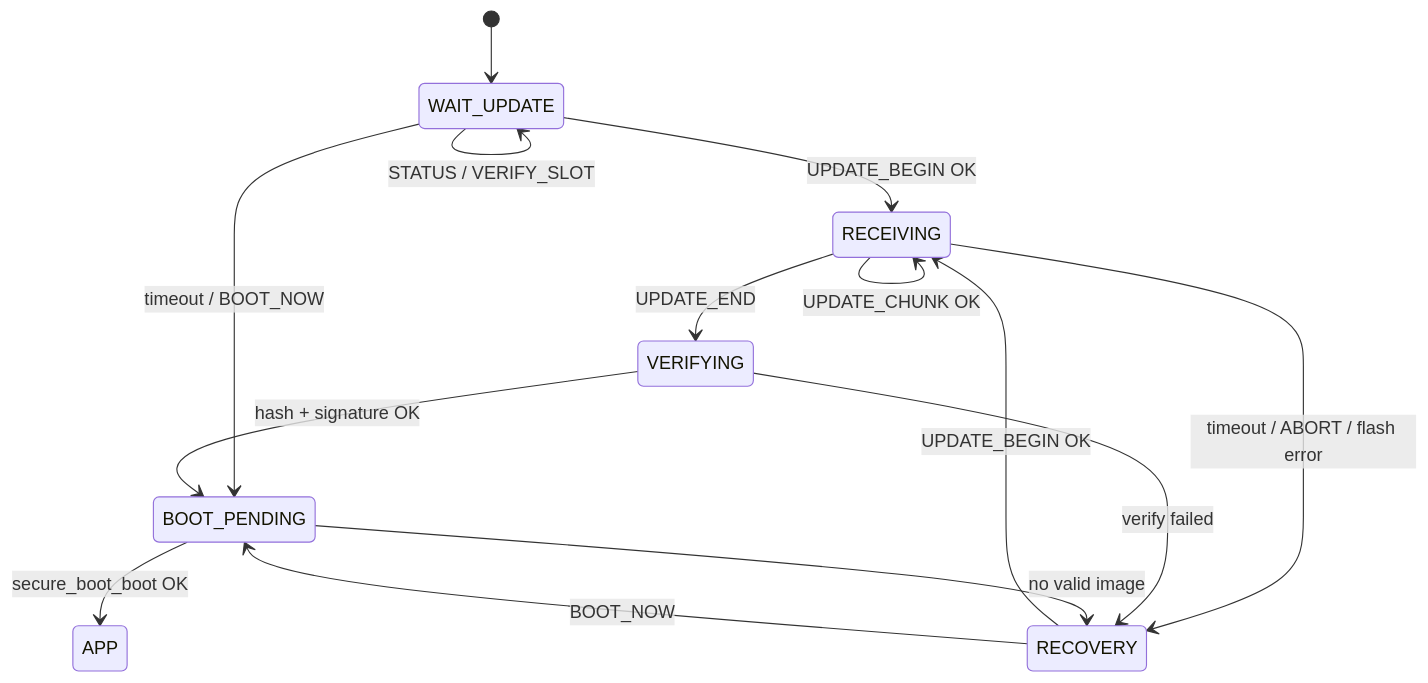
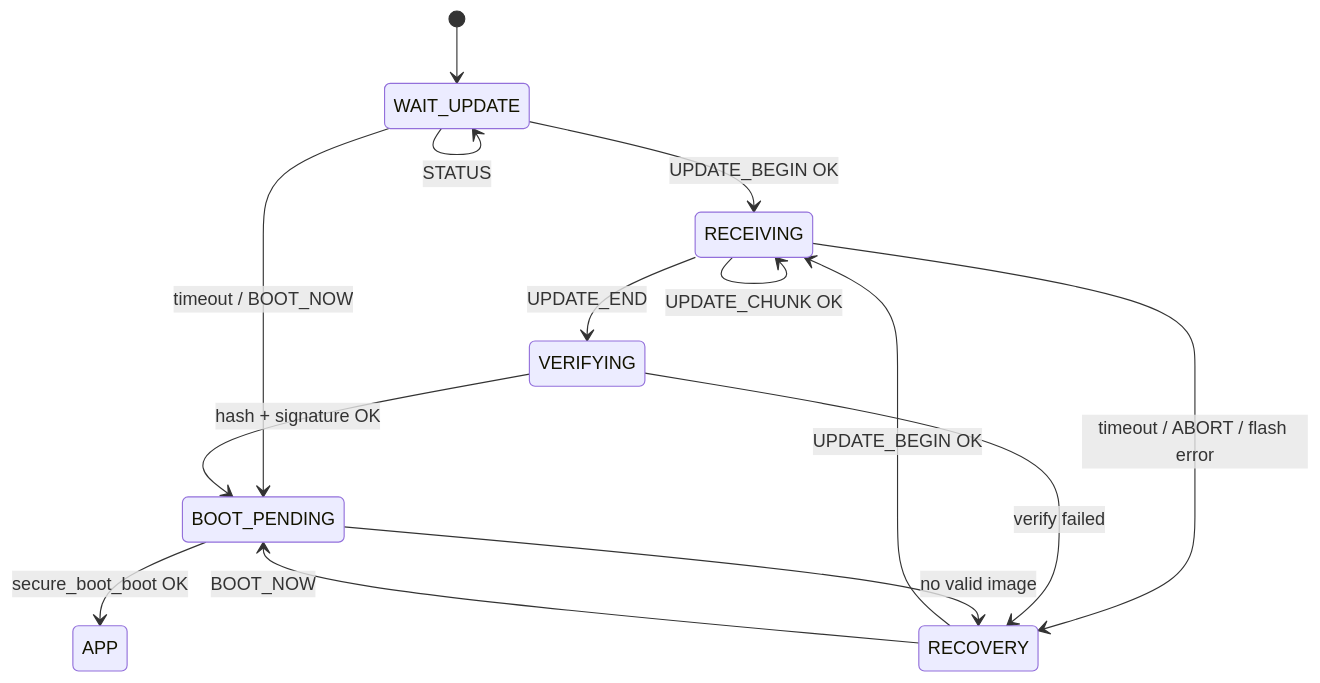
Before and after one commit to tiem-alpha/secure_bootloader: the seventh of 7 diagrams in README.md, drawn with Mermaid. The commit also changed other lines of this file and 21 other files, not shown here.

````diff
--- a/README.md
+++ b/README.md
@@ -529,20 +528,20 @@
 ```mermaid
 stateDiagram-v2
     [*] --> WAIT_UPDATE
     WAIT_UPDATE --> RECEIVING: UPDATE_BEGIN OK
     WAIT_UPDATE --> BOOT_PENDING: timeout / BOOT_NOW
-    WAIT_UPDATE --> WAIT_UPDATE: STATUS / VERIFY_SLOT
+    WAIT_UPDATE --> WAIT_UPDATE: STATUS
 
     RECEIVING --> RECEIVING: UPDATE_CHUNK OK
     RECEIVING --> VERIFYING: UPDATE_END
     RECEIVING --> RECOVERY: timeout / ABORT / flash error
 
     VERIFYING --> BOOT_PENDING: hash + signature OK
     VERIFYING --> RECOVERY: verify failed
 
     BOOT_PENDING --> APP: secure_boot_boot OK
     BOOT_PENDING --> RECOVERY: no valid image
 
     RECOVERY --> RECEIVING: UPDATE_BEGIN OK
     RECOVERY --> BOOT_PENDING: BOOT_NOW
 ```
````
